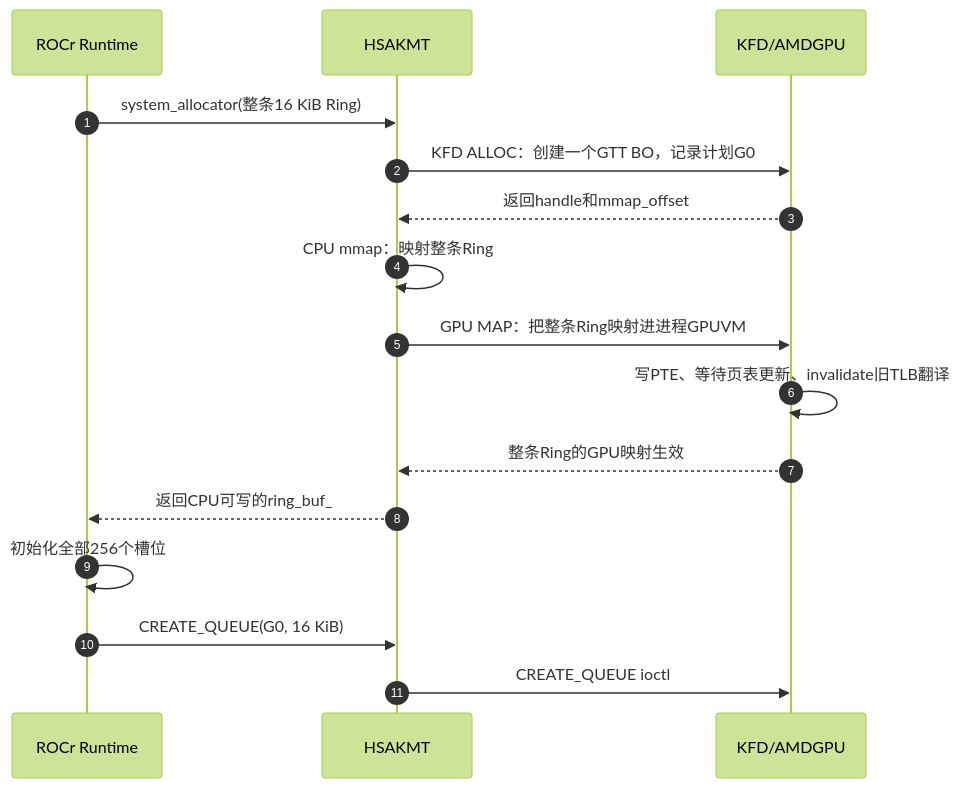
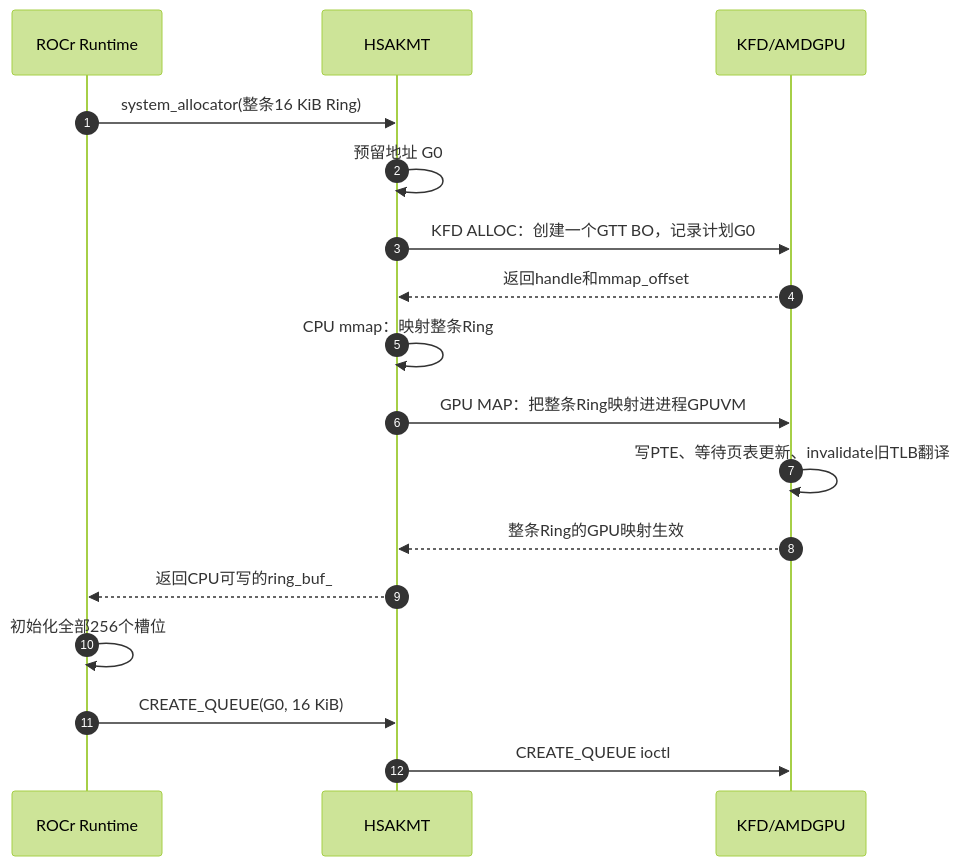
Before and after one commit to hxfei-git/gpu-study: the first of 4 diagrams in 02_GPU 内存管理基础.md, drawn with Mermaid (forest theme). The commit also changed other lines of this file and 5 other files, not shown here.

````diff
--- a/02_GPU 内存管理基础.md
+++ b/02_GPU 内存管理基础.md
@@ -2605,19 +2605,20 @@
 ```mermaid
 sequenceDiagram
     autonumber
     participant ROCr as ROCr Runtime
     participant KMT as HSAKMT
     participant KFD as KFD/AMDGPU
 
     ROCr->>KMT: system_allocator(整条16 KiB Ring)
+    KMT->>KMT: 预留地址 G0
     KMT->>KFD: KFD ALLOC：创建一个GTT BO，记录计划G0
     KFD-->>KMT: 返回handle和mmap_offset
     KMT->>KMT: CPU mmap：映射整条Ring
     KMT->>KFD: GPU MAP：把整条Ring映射进进程GPUVM
     KFD->>KFD: 写PTE、等待页表更新、invalidate旧TLB翻译
     KFD-->>KMT: 整条Ring的GPU映射生效
     KMT-->>ROCr: 返回CPU可写的ring_buf_
     ROCr->>ROCr: 初始化全部256个槽位
     ROCr->>KMT: CREATE_QUEUE(G0, 16 KiB)
     KMT->>KFD: CREATE_QUEUE ioctl
 ```
````
